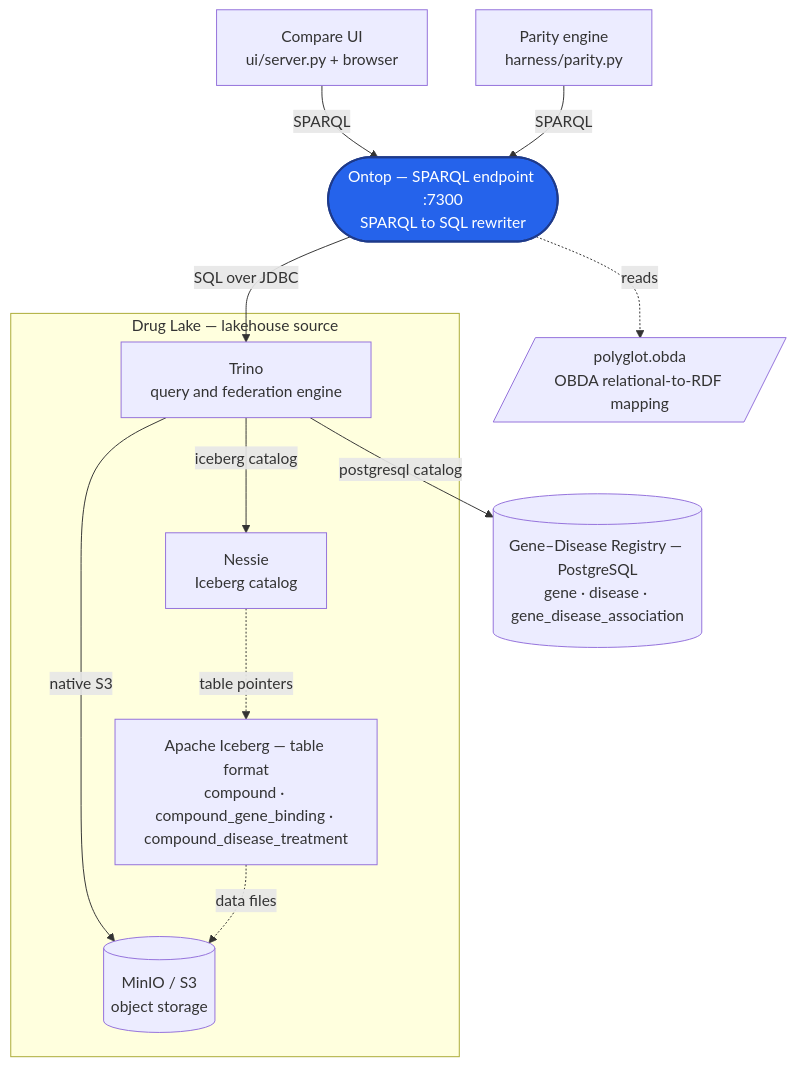
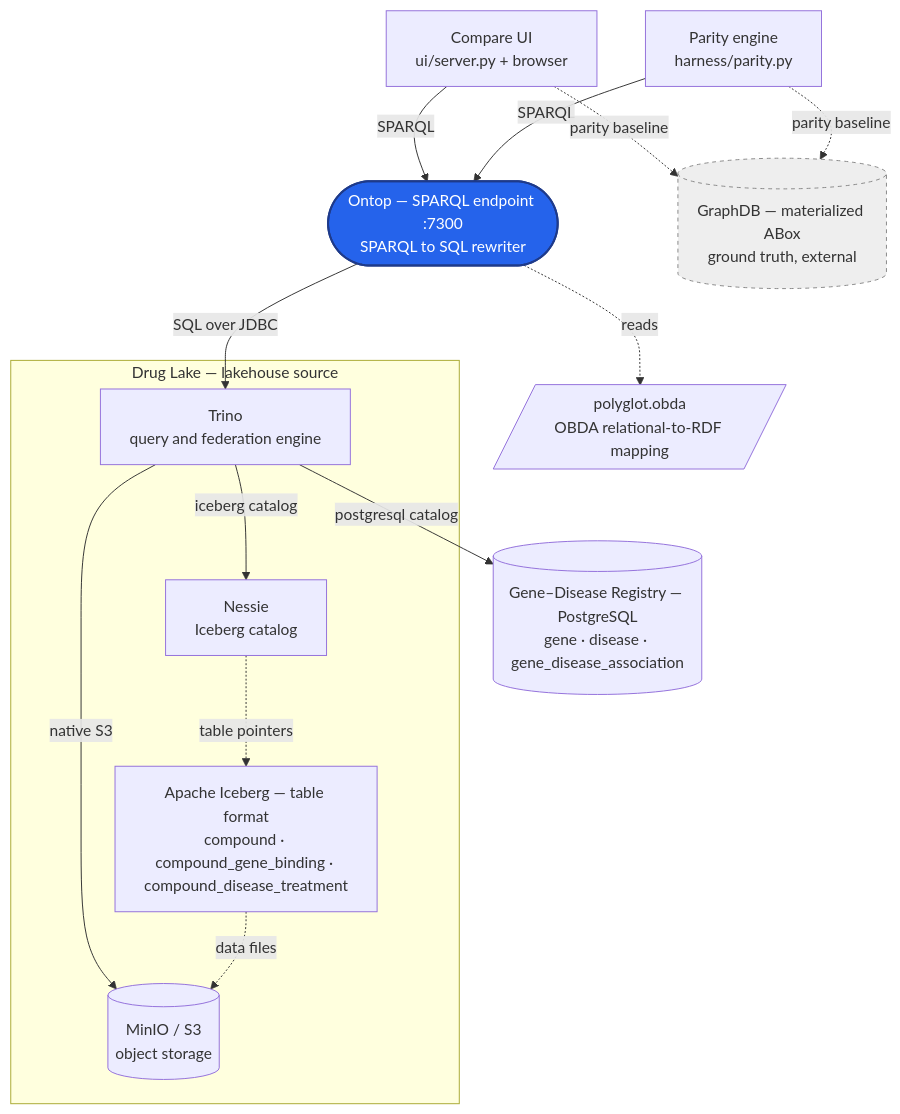
Before and after one commit to joseph-higaki/virtual-knowledge-graph-connectivity: the second of 5 diagrams in README.md, drawn with Mermaid. The commit also changed other lines of this file, not shown here.

````diff
--- a/README.md
+++ b/README.md
@@ -66,32 +91,37 @@
 ```mermaid
 flowchart TB
     ui["Compare UI<br/>ui/server.py + browser"]
     cmp["Parity engine<br/>harness/parity.py"]
 
     ontop(["Ontop — SPARQL endpoint :7300<br/>SPARQL to SQL rewriter"])
     obda[/"polyglot.obda<br/>OBDA relational-to-RDF mapping"/]
 
     subgraph LAKE["Drug Lake — lakehouse source"]
         trino["Trino<br/>query and federation engine"]
         nessie["Nessie<br/>Iceberg catalog"]
         iceberg["Apache Iceberg — table format<br/>compound · compound_gene_binding · compound_disease_treatment"]
         minio[("MinIO / S3<br/>object storage")]
     end
 
     pg[("Gene–Disease Registry — PostgreSQL<br/>gene · disease · gene_disease_association")]
+    gdb[("GraphDB — materialized ABox<br/>ground truth, external")]
 
     ui  -->|SPARQL| ontop
     cmp -->|SPARQL| ontop
+    ui  -.->|parity baseline| gdb
+    cmp -.->|parity baseline| gdb
 
     ontop -.->|reads| obda
     ontop -->|SQL over JDBC| trino
 
     trino -->|postgresql catalog| pg
     trino -->|iceberg catalog| nessie
     trino -->|native S3| minio
     nessie -.->|table pointers| iceberg
     iceberg -.->|data files| minio
 
     classDef entry fill:#2563eb,stroke:#1e3a8a,color:#ffffff,stroke-width:2px;
+    classDef optional fill:#eeeeee,stroke:#888888,color:#333333,stroke-dasharray:4 4;
     class ontop entry;
+    class gdb optional;
 ```
````
